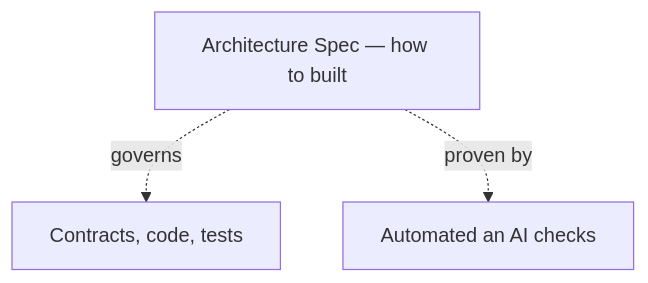
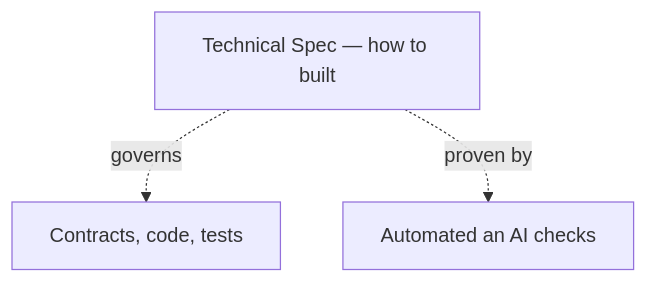
One commit to foreachpartners/main-spex changed the second of 2 diagrams in README.md. Above: the diagram before and after it, drawn with Mermaid. The commit also changed other lines of this file and 30 other files, not shown here.

Commit message:
refactor: rename spec types from FUNC/ARCH to BIZ/TECH

````diff
--- a/README.md
+++ b/README.md
@@ -73,5 +73,5 @@
 ```mermaid
 flowchart TD
-    Arch["Architecture Spec — how to built"] -.governs.-> Flow["Contracts, code, tests"]
-    Arch -.proven by.-> Checks["Automated an AI checks"]
+    Tech["Technical Spec — how to built"] -.governs.-> Flow["Contracts, code, tests"]
+    Tech -.proven by.-> Checks["Automated an AI checks"]
 ```
````
